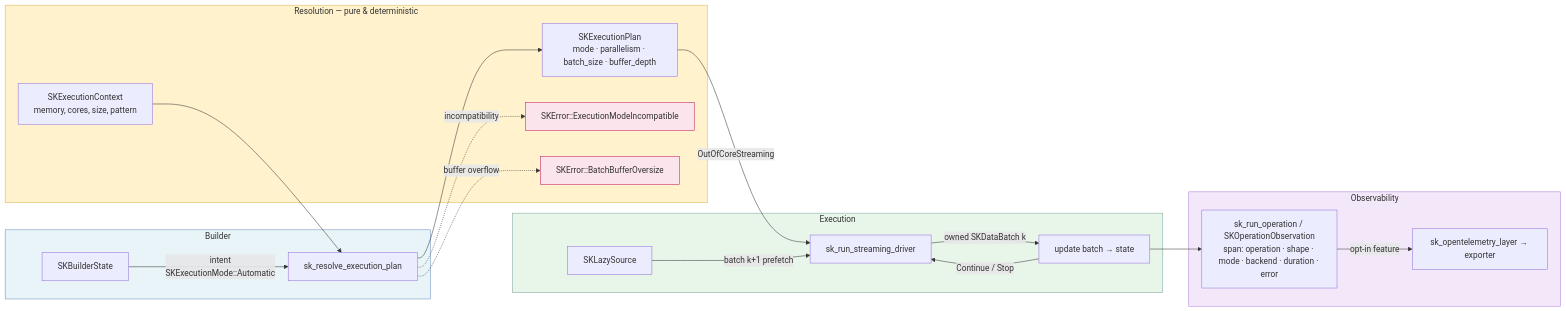
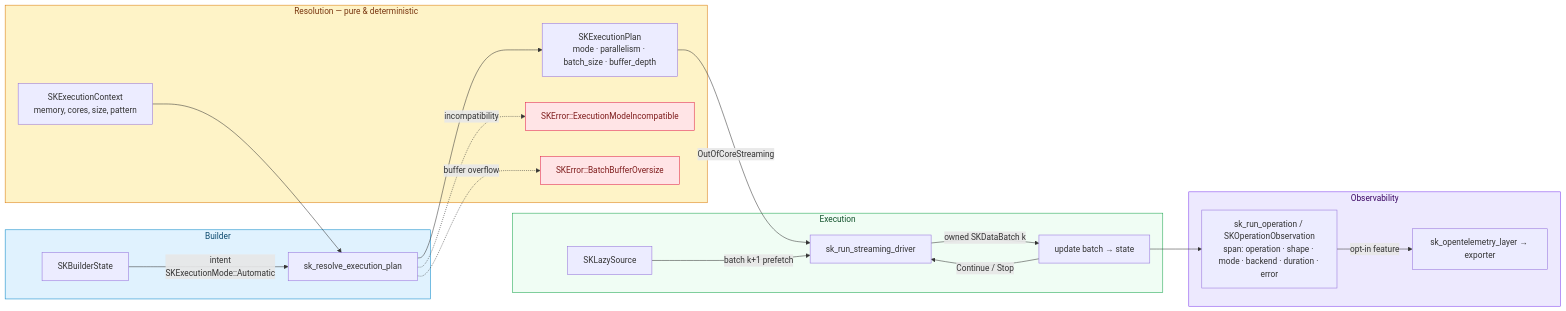
Before and after one commit to neurono-ml/sciencekit: the diagram in docs/src/development-explained/ch04-execution-and-observability.md, drawn with Mermaid. The commit also changed 12 other files, not shown here.

First line of the commit message:
docs: fix book theme UX — typography control, buttons, sidebar, Mermaid contrast

````diff
--- a/docs/src/development-explained/ch04-execution-and-observability.md
+++ b/docs/src/development-explained/ch04-execution-and-observability.md
@@ -580,36 +580,36 @@
 ```mermaid
 flowchart LR
     accTitle: From builder to streaming execution and observability
     accDescr: A builder holds the SKBuilderState with an execution intent. The resolver turns the intent and execution context into an SKExecutionPlan, or rejects incompatible or oversized plans. Streaming execution prefetches batches while updating state, and observability records each operation as an optional OpenTelemetry span.
     subgraph configure[Builder]
         BS[SKBuilderState] -->|intent<br/>SKExecutionMode::Automatic| RES
     end
 
     subgraph resolve[Resolution — pure & deterministic]
         CTX[SKExecutionContext<br/>memory, cores, size, pattern] --> RES
         RES[sk_resolve_execution_plan] --> PLAN[SKExecutionPlan<br/>mode · parallelism · batch_size · buffer_depth]
         RES -. incompatibility .-> ERR[SKError::ExecutionModeIncompatible]
         RES -. buffer overflow .-> ERR2[SKError::BatchBufferOversize]
     end
 
     PLAN -->|OutOfCoreStreaming| DRIVER
     subgraph run[Execution]
         DRIVER[sk_run_streaming_driver]
         SRC[SKLazySource] -->|batch k+1 prefetch| DRIVER
         DRIVER -->|owned SKDataBatch k| UPDATE[update batch → state]
         UPDATE -->|Continue / Stop| DRIVER
     end
 
     UPDATE --> OBS
     subgraph observe[Observability]
         OBS[sk_run_operation / SKOperationObservation<br/>span: operation · shape · mode · backend · duration · error]
         OBS -->|opt-in feature| OTL[sk_opentelemetry_layer → exporter]
     end
 
-    style configure fill:#e8f4f8,stroke:#6c8ebf
-    style resolve fill:#fff2cc,stroke:#d6b656
-    style run fill:#e8f5e9,stroke:#7ea6a0
-    style observe fill:#f3e8f9,stroke:#b07bd8
-    style ERR fill:#fce4ec,stroke:#c2185b
-    style ERR2 fill:#fce4ec,stroke:#c2185b
+    style configure fill:#e0f2fe,stroke:#0284c7,color:#0c4a6e
+    style resolve fill:#fef3c7,stroke:#d97706,color:#78350f
+    style run fill:#f0fdf4,stroke:#16a34a,color:#14532d
+    style observe fill:#ede9fe,stroke:#7c3aed,color:#3b0764
+    style ERR fill:#ffe4e6,stroke:#e11d48,color:#7f1d1d
+    style ERR2 fill:#ffe4e6,stroke:#e11d48,color:#7f1d1d
 ```
````
